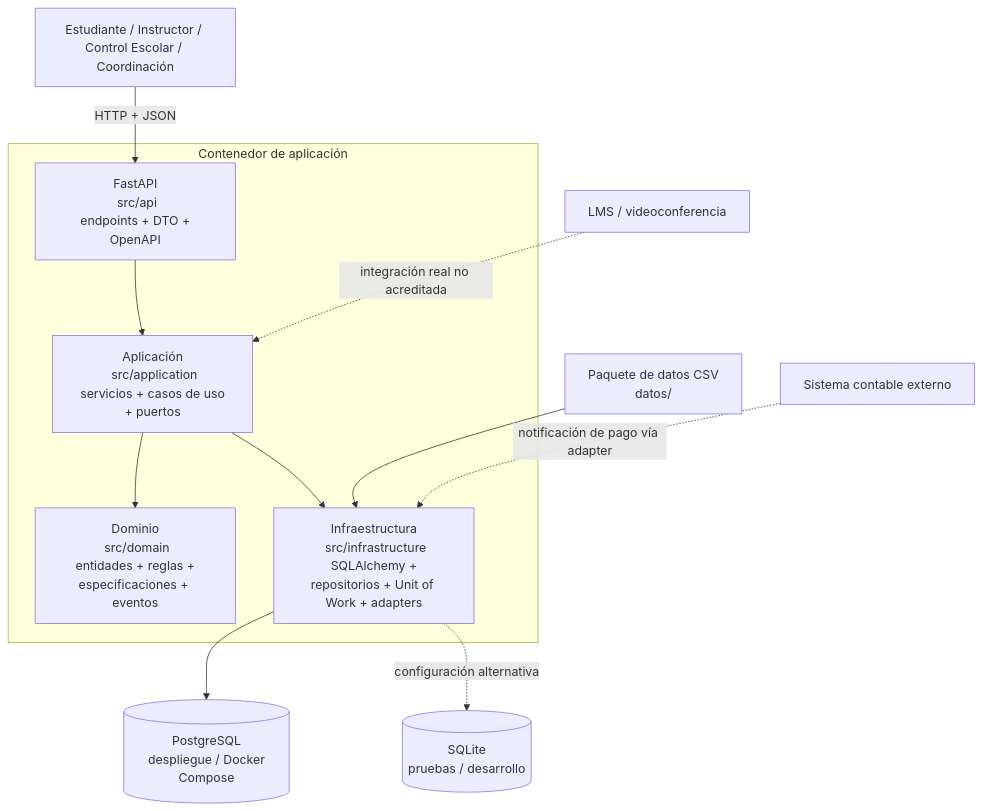
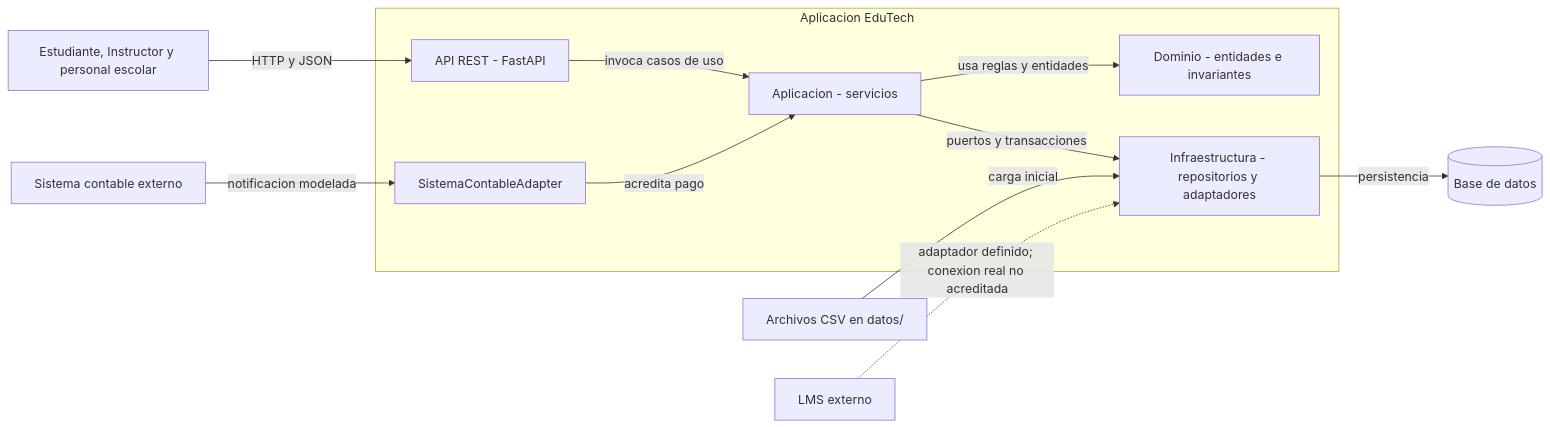
One commit to AdolfoKhaled/edutech-academy-cln changed the first of 2 diagrams in docs/architecture/Diagrama_componentes_despliegue.md. Above: the diagram before and after it, drawn with Mermaid. The commit also changed other lines of this file, not shown here.

First line of the commit message:
Revise architecture and deployment documentation

````diff
--- a/docs/architecture/Diagrama_componentes_despliegue.md
+++ b/docs/architecture/Diagrama_componentes_despliegue.md
@@ -5,19 +7,20 @@
 ```mermaid
-flowchart TB
-    U[Estudiante / Instructor / Control Escolar / Coordinación] -->|HTTP + JSON| API[FastAPI\n src/api\n endpoints + DTO + OpenAPI]
-    API --> APP[Aplicación\n src/application\n servicios + casos de uso + puertos]
-    APP --> DOM[Dominio\n src/domain\n entidades + reglas + especificaciones + eventos]
-    APP --> INFRA[Infraestructura\n src/infrastructure\n SQLAlchemy + repositorios + Unit of Work + adapters]
-    INFRA --> DB[(PostgreSQL\n despliegue / Docker Compose)]
-    INFRA -. configuración alternativa .-> SQLITE[(SQLite\n pruebas / desarrollo)]
-    CSV[Paquete de datos CSV\n datos/] --> INFRA
-    CONT[ Sistema contable externo ] -. notificación de pago vía adapter .-> INFRA
-    LMS[ LMS / videoconferencia ] -. integración real no acreditada .-> APP
+flowchart LR
+    Usuario[Estudiante, Instructor y personal escolar] -->|HTTP y JSON| API[API REST - FastAPI]
+    API -->|invoca casos de uso| APP[Aplicacion - servicios]
+    APP -->|usa reglas y entidades| DOM[Dominio - entidades e invariantes]
+    APP -->|puertos y transacciones| INFRA[Infraestructura - repositorios y adaptadores]
+    INFRA -->|persistencia| DB[(Base de datos)]
+    CSV[Archivos CSV en datos/] -->|carga inicial| INFRA
+    Contable[Sistema contable externo] -->|notificacion modelada| ADAPTER[ SistemaContableAdapter ]
+    ADAPTER -->|acredita pago| APP
+    LMS[LMS externo] -.->|adaptador definido; conexion real no acreditada| INFRA
 
-    subgraph Contenedor de aplicación
-      API
-      APP
-      DOM
-      INFRA
+    subgraph Aplicacion EduTech
+        API
+        APP
+        DOM
+        INFRA
+        ADAPTER
     end
 ```
````
